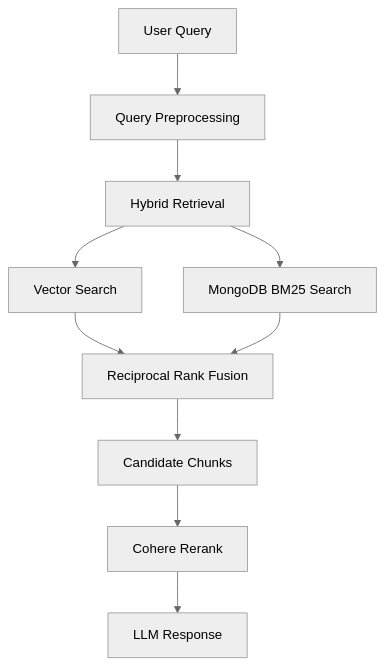
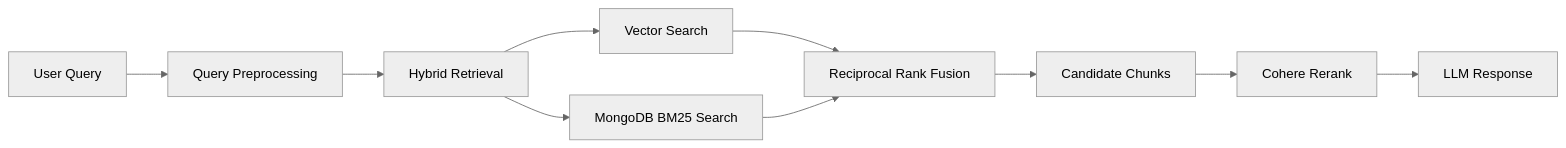
The second of 2 diagrams in README.md (wise-saint/smartdoc.ai), drawn with Mermaid (neutral theme) before and after one commit. The commit also changed other lines of this file, not shown here.

````diff
--- a/README.md
+++ b/README.md
@@ -25,22 +25,22 @@
 ```mermaid
-flowchart TD
+flowchart LR
     A[User Query]
     B[Query Preprocessing]
     C[Hybrid Retrieval]
     D[Vector Search]
     E[MongoDB BM25 Search]
     F[Reciprocal Rank Fusion]
     G[Candidate Chunks]
     H[Cohere Rerank]
     I[LLM Response]
 
     A --> B
     B --> C
     C --> D
     C --> E
     D --> F
     E --> F
     F --> G
     G --> H
     H --> I
 ```
````
